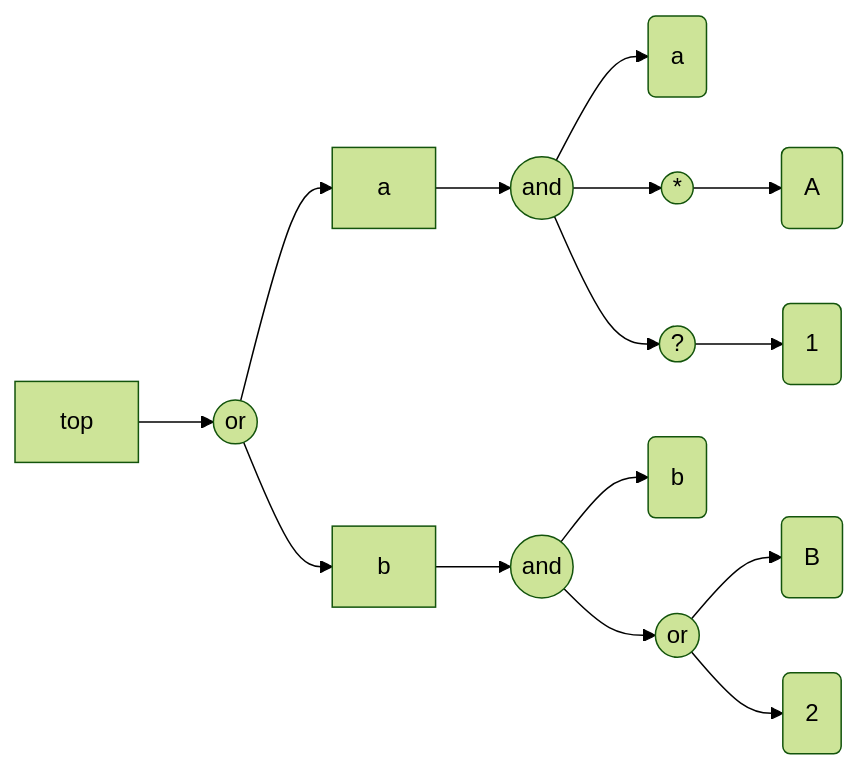
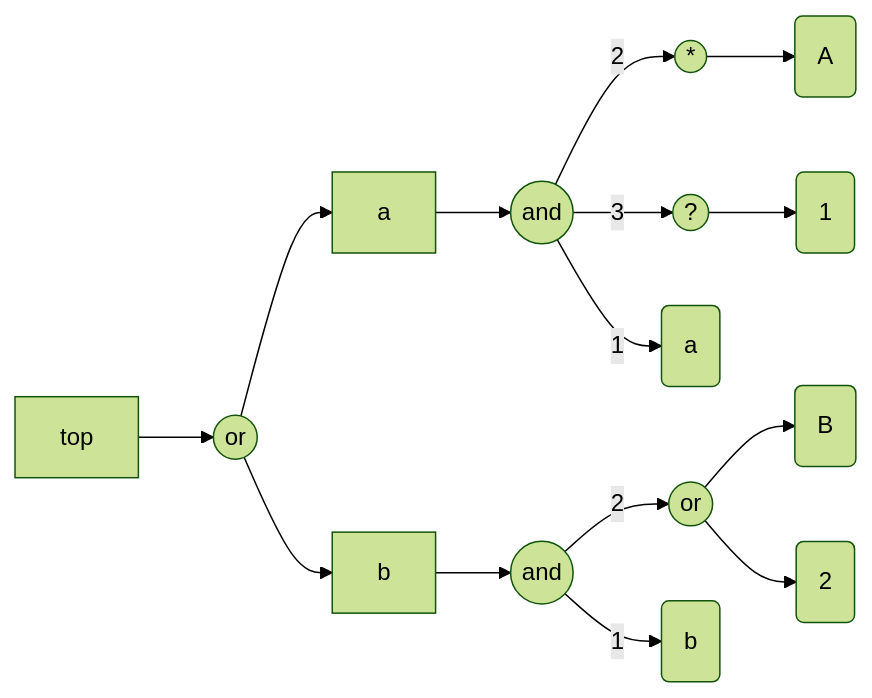
One commit to antononcube/Raku-FunctionalParsers changed the first of 4 diagrams in doc/Graph-representation-of-grammars.md. Above: the diagram before and after it, drawn with Mermaid (forest theme). The commit also changed other lines of this file and 1 other file, not shown here.

````diff
--- a/doc/Graph-representation-of-grammars.md
+++ b/doc/Graph-representation-of-grammars.md
@@ -33,32 +33,32 @@
 ```mermaid
 graph LR
-	NT:a["a"]
-	T:b("b")
-	opt9((?))
+	T:B("B")
 	T:2("2")
 	T:1("1")
-	alt1((or))
-	T:a("a")
 	rep7((*))
 	NT:top["top"]
+	seq12((and))
+	NT:a["a"]
+	alt14((or))
+	T:a("a")
 	T:A("A")
+	seq5((and))
+	opt9((?))
+	alt1((or))
+	T:b("b")
 	NT:b["b"]
-	alt14((or))
-	seq12((and))
-	T:B("B")
-	seq5((and))
 	alt1 --> NT:a
 	alt1 --> NT:b
 	NT:top --> alt1
 	rep7 --> T:A
 	opt9 --> T:1
-	seq5 --> T:a
-	seq5 --> rep7
-	seq5 --> opt9
+	seq5 --> |1|T:a
+	seq5 --> |2|rep7
+	seq5 --> |3|opt9
 	NT:a --> seq5
 	alt14 --> T:B
 	alt14 --> T:2
-	seq12 --> T:b
-	seq12 --> alt14
+	seq12 --> |1|T:b
+	seq12 --> |2|alt14
 	NT:b --> seq12
 ```
````
